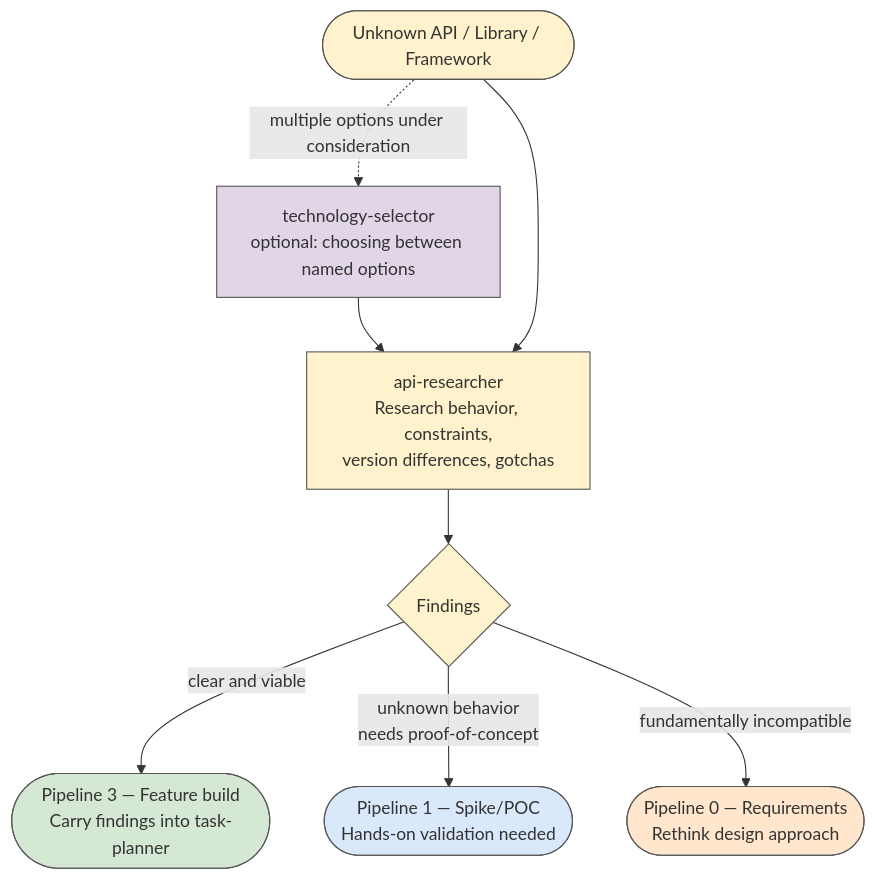
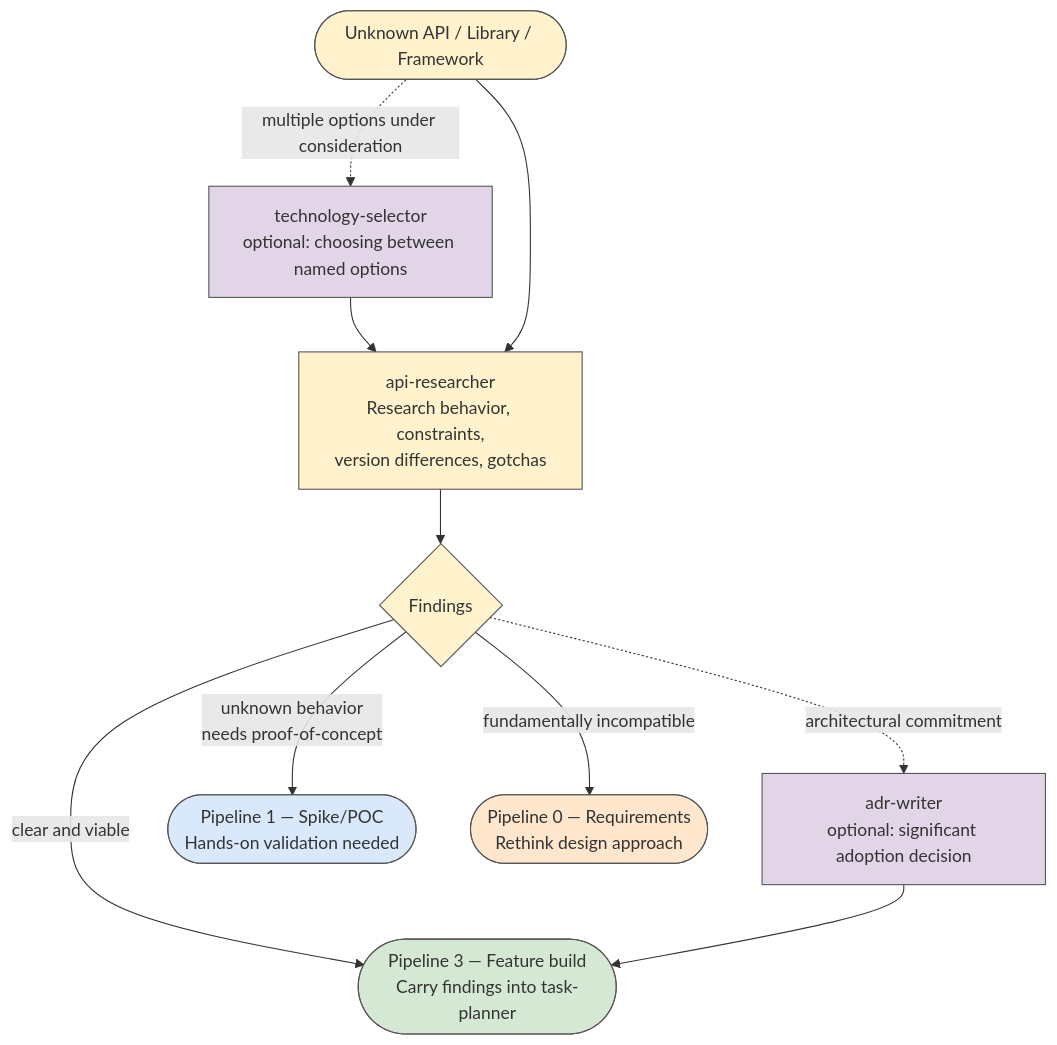
One commit to yuriyvsavchuk/devflow changed the fifth of 13 diagrams in USER-MANUAL.md. Above: the diagram before and after it, drawn with Mermaid. The commit also changed other lines of this file and 14 other files, not shown here.

````diff
--- a/USER-MANUAL.md
+++ b/USER-MANUAL.md
@@ -574,26 +679,29 @@
 ```mermaid
 graph TD
     classDef startEnd fill:#FFF2CC,stroke:#555
     classDef optional fill:#E1D5E7,stroke:#555
     classDef research fill:#FFF2CC,stroke:#555
     classDef decision fill:#FFF3CD,stroke:#555
     classDef toP3 fill:#D5E8D4,stroke:#555
     classDef toP1 fill:#DAE8FC,stroke:#555
     classDef toP0 fill:#FFE6CC,stroke:#555
 
     start([Unknown API / Library / Framework]):::startEnd
     techsel[technology-selector<br/>optional: choosing between named options]:::optional
     researcher[api-researcher<br/>Research behavior, constraints,<br/>version differences, gotchas]:::research
     decision{Findings}:::decision
+    adr[adr-writer<br/>optional: significant adoption decision]:::optional
     p3([Pipeline 3 — Feature build<br/>Carry findings into task-planner]):::toP3
     p1([Pipeline 1 — Spike/POC<br/>Hands-on validation needed]):::toP1
     p0([Pipeline 0 — Requirements<br/>Rethink design approach]):::toP0
 
     start -.->|multiple options under consideration| techsel
     techsel --> researcher
     start --> researcher
     researcher --> decision
     decision -->|clear and viable| p3
+    decision -.->|architectural commitment| adr
+    adr --> p3
     decision -->|unknown behavior<br/>needs proof-of-concept| p1
     decision -->|fundamentally incompatible| p0
 ```
````
